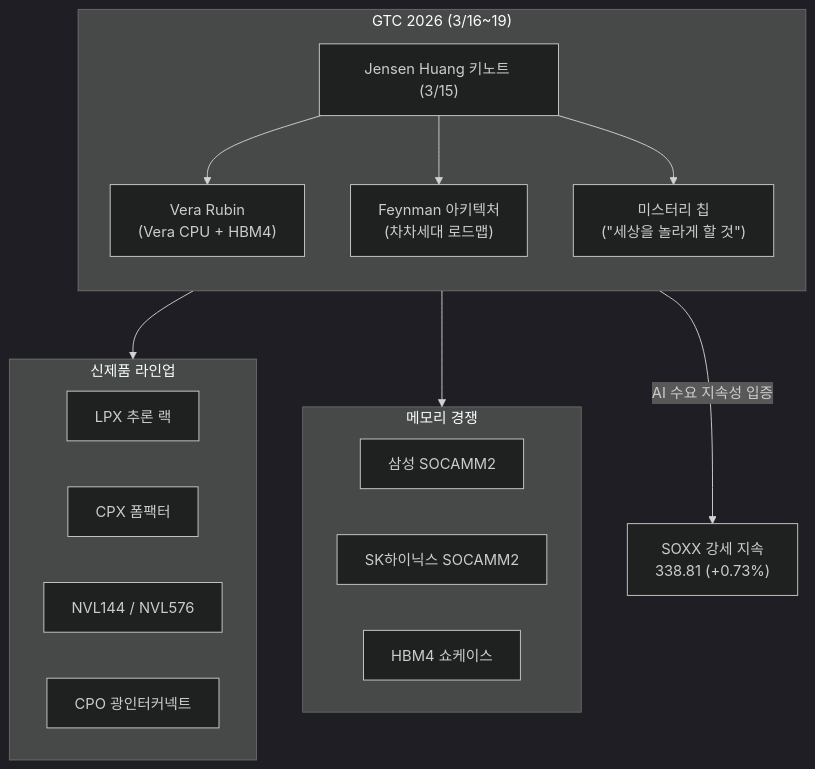
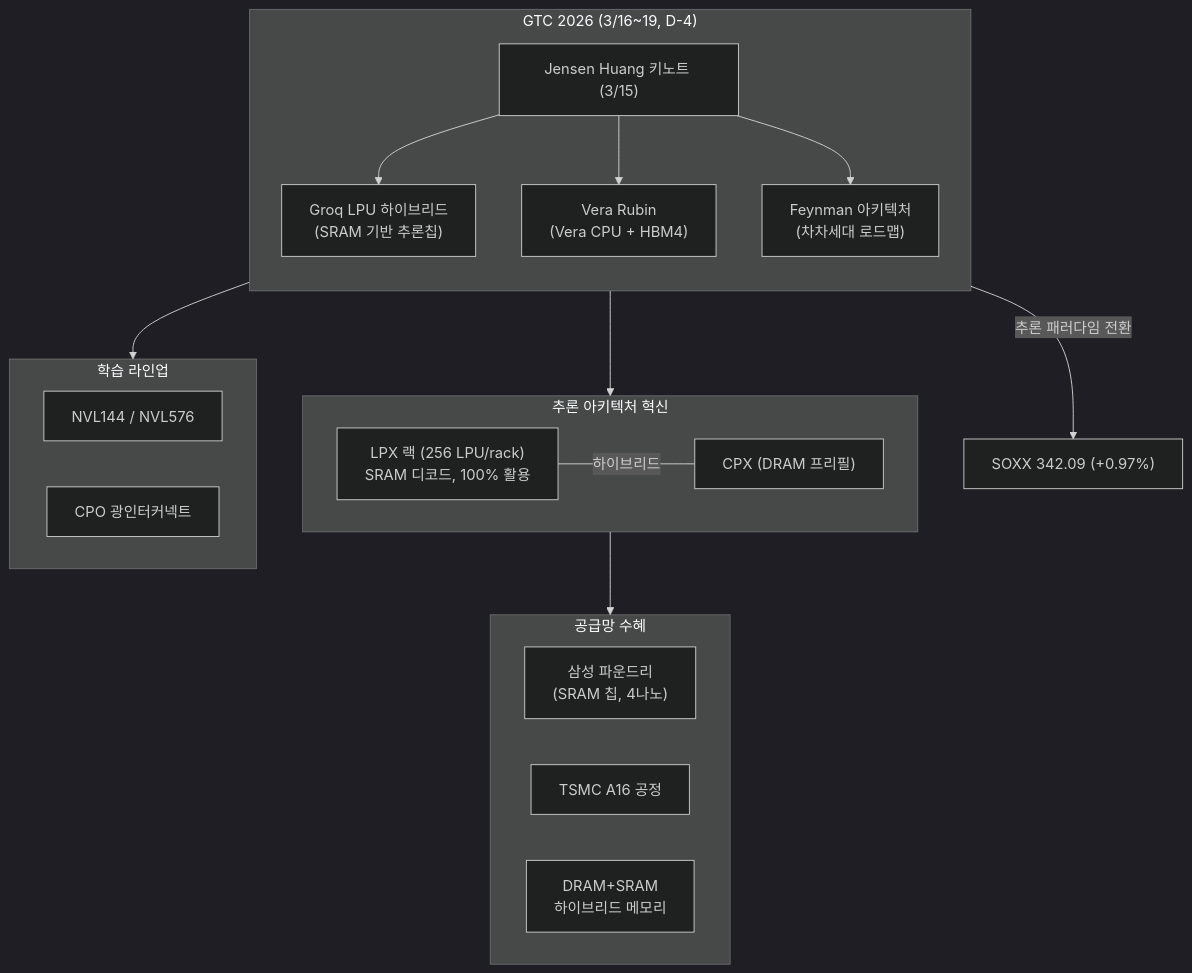
Before and after one commit to dss99911/dss99911.github.io: the first of 3 diagrams in _posts/knowledge/invest/2026-01-21-semiconductor-sector-outlook-2026.md, drawn with Mermaid (dark theme). The commit also changed other lines of this file and 4 other files, not shown here.

First line of the commit message:
투자 전망 데일리 업데이트 (3/12): GTC D-4 Groq LPU, WTI $95 재반등, SpaceX IPO

````diff
--- a/_posts/knowledge/invest/2026-01-21-semiconductor-sector-outlook-2026.md
+++ b/_posts/knowledge/invest/2026-01-21-semiconductor-sector-outlook-2026.md
@@ -106,27 +119,32 @@
 ```mermaid
 graph TB
-    subgraph GTC2026["GTC 2026 (3/16~19)"]
+    subgraph GTC2026["GTC 2026 (3/16~19, D-4)"]
         direction TB
         K["Jensen Huang 키노트 (3/15)"]
+        K --> G["Groq LPU 하이브리드<br/>(SRAM 기반 추론칩)"]
         K --> V["Vera Rubin<br/>(Vera CPU + HBM4)"]
         K --> F["Feynman 아키텍처<br/>(차차세대 로드맵)"]
-        K --> M["미스터리 칩<br/>(&quot;세상을 놀라게 할 것&quot;)"]
     end
 
-    subgraph 제품["신제품 라인업"]
-        LPX["LPX 추론 랙"]
-        CPX["CPX 폼팩터"]
+    subgraph 추론혁신["추론 아키텍처 혁신"]
+        LPX["LPX 랙 (256 LPU/rack)<br/>SRAM 디코드, 100% 활용"]
+        CPX2["CPX (DRAM 프리필)"]
+        LPX ---|"하이브리드"| CPX2
+    end
+
+    subgraph 제품["학습 라인업"]
         NVL["NVL144 / NVL576"]
         CPO["CPO 광인터커넥트"]
     end
 
-    subgraph 메모리["메모리 경쟁"]
-        SS["삼성 SOCAMM2"]
-        SK["SK하이닉스 SOCAMM2"]
-        HBM["HBM4 쇼케이스"]
+    subgraph 수혜["공급망 수혜"]
+        SS["삼성 파운드리<br/>(SRAM 칩, 4나노)"]
+        TSMC2["TSMC A16 공정"]
+        MEM["DRAM+SRAM<br/>하이브리드 메모리"]
     end
 
+    G --> 추론혁신
     V --> 제품
-    V --> 메모리
-    GTC2026 -->|"AI 수요 지속성 입증"| SOXX["SOXX 강세 지속<br/>338.81 (+0.73%)"]
+    추론혁신 --> 수혜
+    GTC2026 -->|"추론 패러다임 전환"| SOXX["SOXX 342.09 (+0.97%)"]
 ```
````
